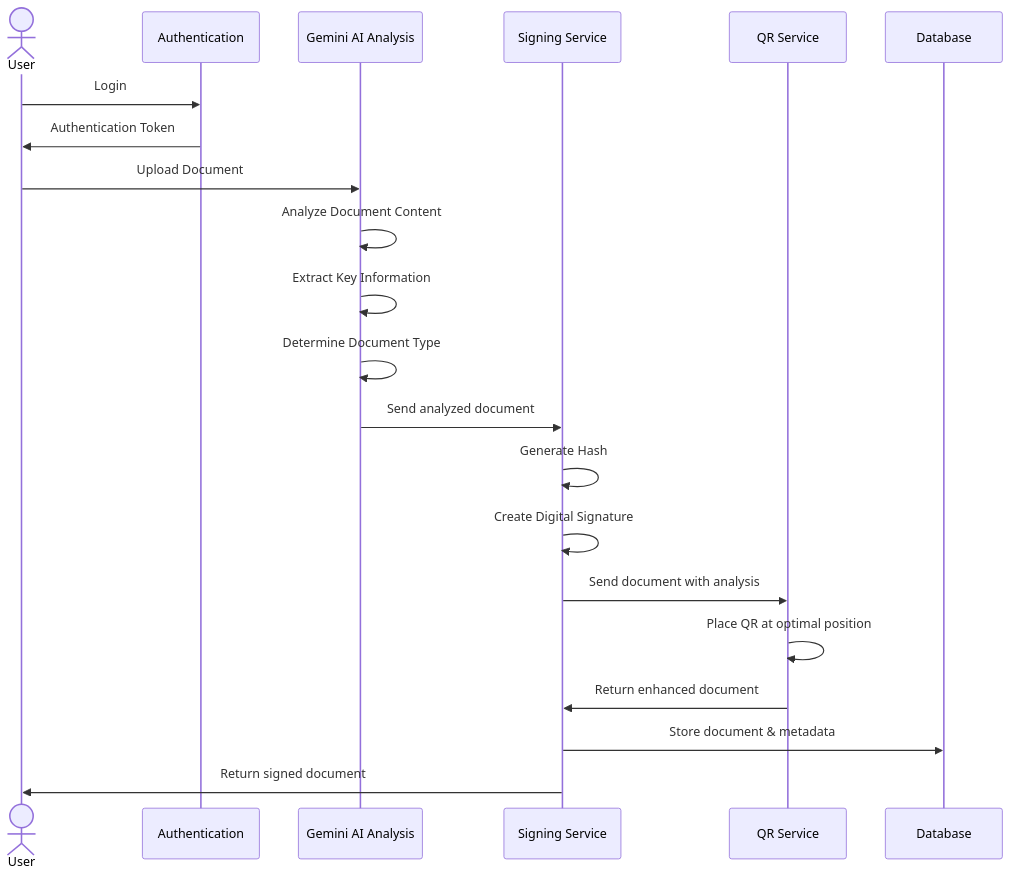
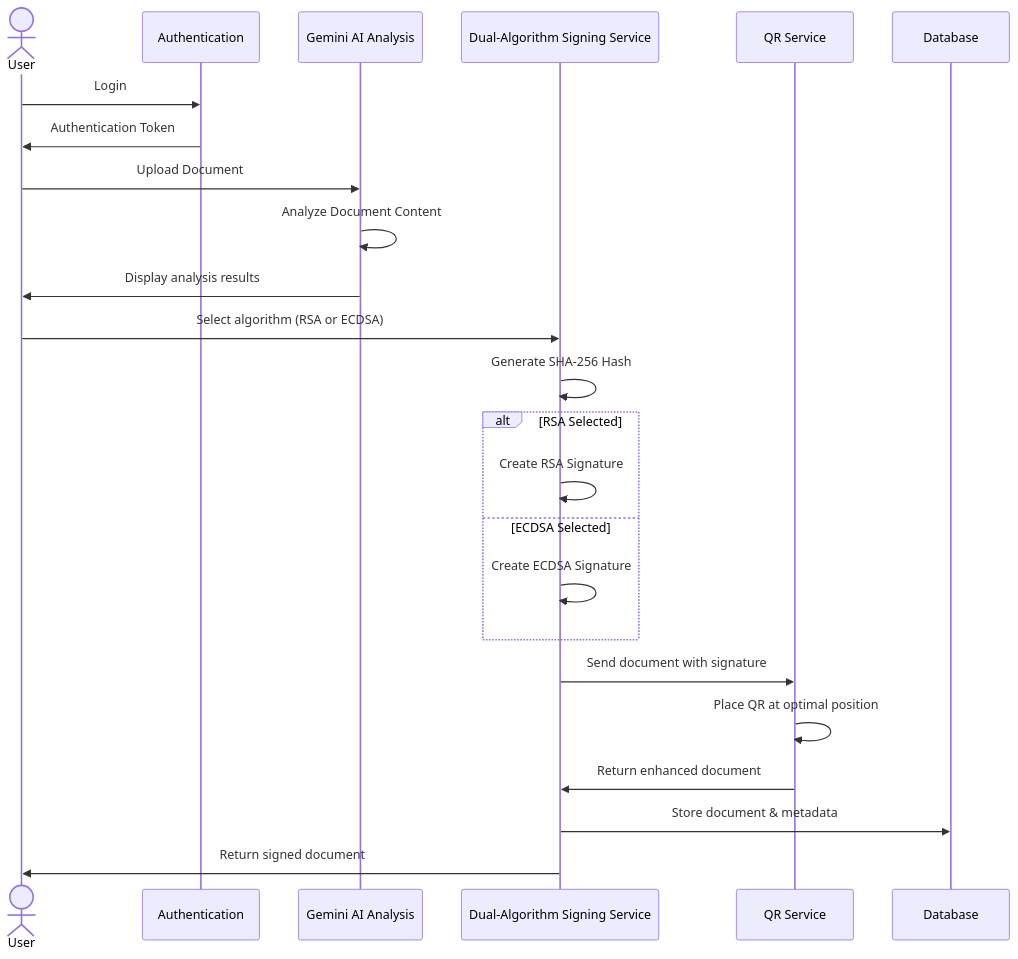
The third of 3 diagrams in README.md (kudith/notario), drawn with Mermaid before and after one commit. The commit also changed other lines of this file and 6 other files, not shown here.

Commit message:
feat: update README and add new assets for dual-algorithm digital signatures

````diff
--- a/README.md
+++ b/README.md
@@ -149,24 +188,27 @@
 ```mermaid
 sequenceDiagram
     actor User
     participant Auth as Authentication
     participant AI as Gemini AI Analysis
-    participant Sign as Signing Service
+    participant Sign as Dual-Algorithm Signing Service
     participant QR as QR Service
     participant DB as Database
     
     User->>Auth: Login
     Auth->>User: Authentication Token
     User->>AI: Upload Document
     AI->>AI: Analyze Document Content
-    AI->>AI: Extract Key Information
-    AI->>AI: Determine Document Type
-    AI->>Sign: Send analyzed document
-    Sign->>Sign: Generate Hash
-    Sign->>Sign: Create Digital Signature
-    Sign->>QR: Send document with analysis
+    AI->>User: Display analysis results
+    User->>Sign: Select algorithm (RSA or ECDSA)
+    Sign->>Sign: Generate SHA-256 Hash
+    alt RSA Selected
+        Sign->>Sign: Create RSA Signature
+    else ECDSA Selected
+        Sign->>Sign: Create ECDSA Signature
+    end
+    Sign->>QR: Send document with signature
     QR->>QR: Place QR at optimal position
     QR->>Sign: Return enhanced document
     Sign->>DB: Store document & metadata
     Sign->>User: Return signed document
 ```
````
